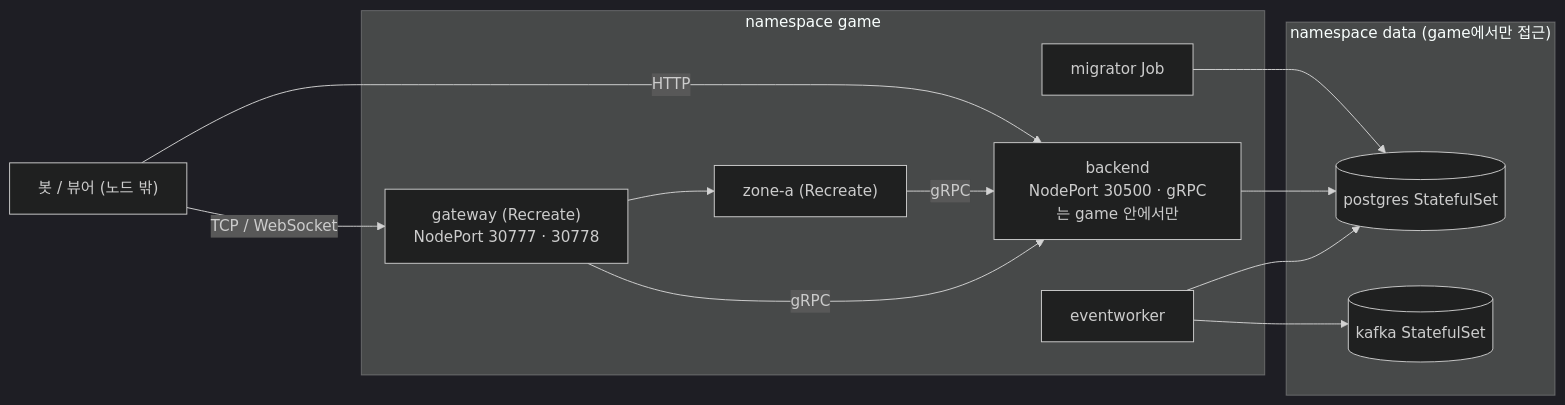
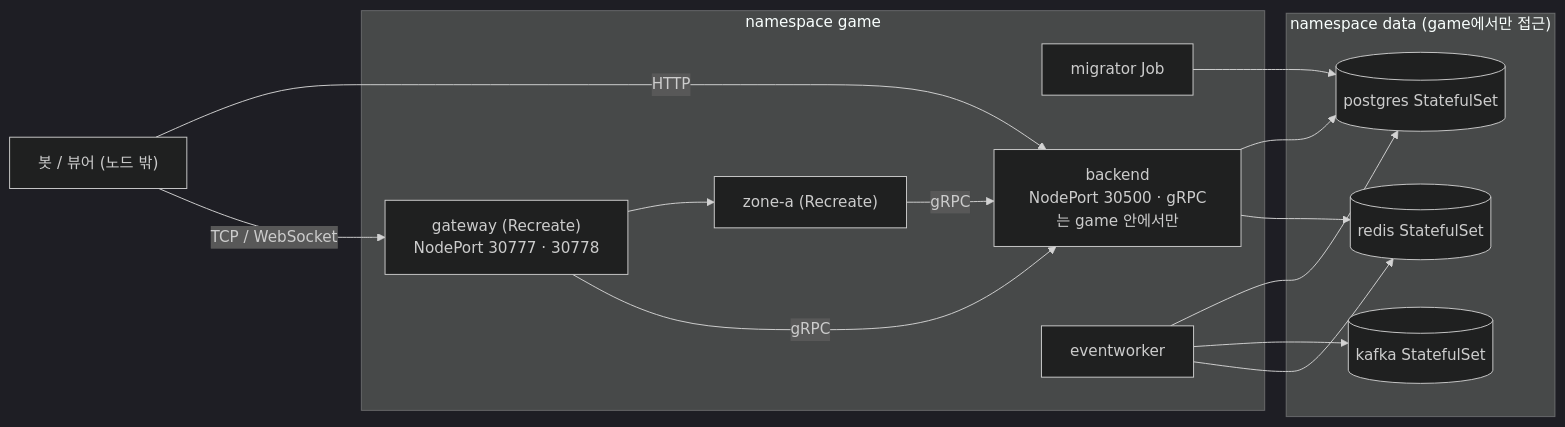
The tenth of 10 diagrams in README.md (hstar0124/sa-server), drawn with Mermaid (dark theme) before and after one commit. The commit also changed other lines of this file and 7 other files, not shown here.

````diff
--- a/README.md
+++ b/README.md
@@ -493,24 +504,27 @@
 ```mermaid
 flowchart LR
     C["봇 / 뷰어 (노드 밖)"]
     subgraph data["namespace data (game에서만 접근)"]
         KPG[("postgres StatefulSet")]
         KKF[("kafka StatefulSet")]
+        KRD[("redis StatefulSet")]
     end
     subgraph game["namespace game"]
         KMG["migrator Job"]
         KBE["backend<br/>NodePort 30500 · gRPC는 game 안에서만"]
         KEW["eventworker"]
         KZA["zone-a (Recreate)"]
         KGW["gateway (Recreate)<br/>NodePort 30777 · 30778"]
     end
     C -->|HTTP| KBE
     C -->|TCP / WebSocket| KGW
     KGW --> KZA
     KGW -->|gRPC| KBE
     KZA -->|gRPC| KBE
     KBE --> KPG
     KEW --> KPG
     KEW --> KKF
+    KEW --> KRD
+    KBE --> KRD
     KMG --> KPG
 ```
````
